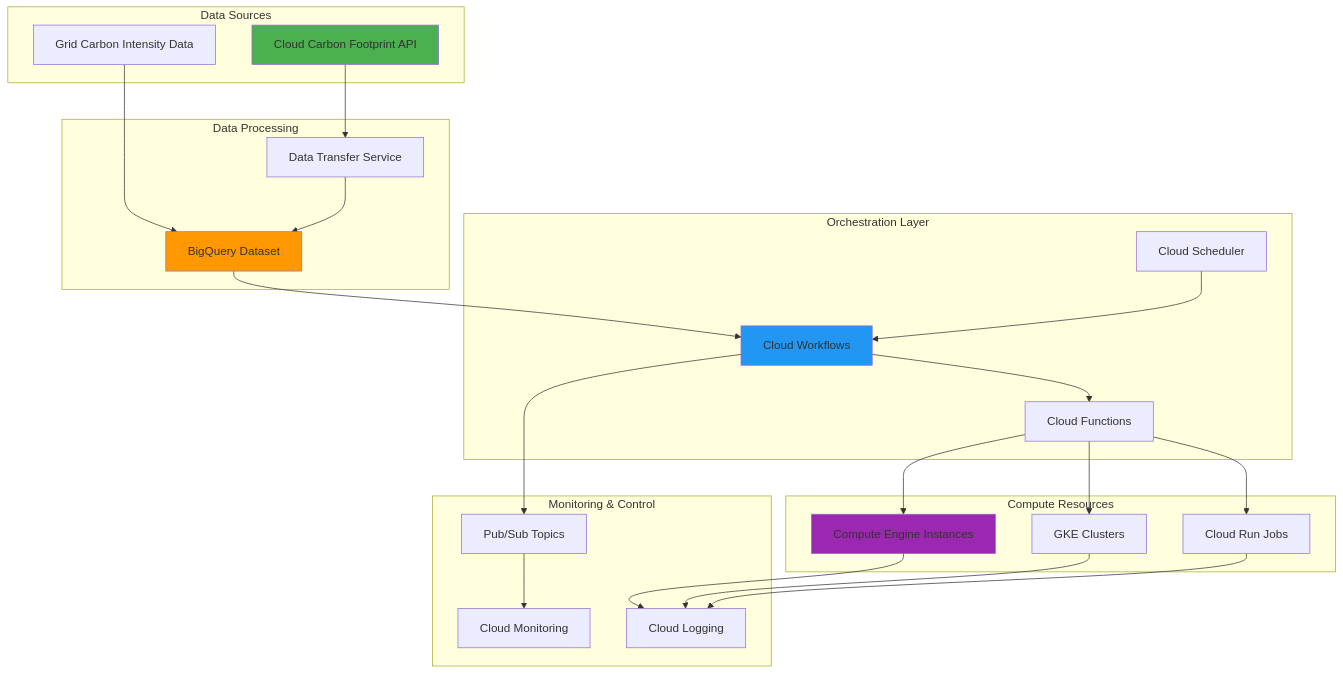
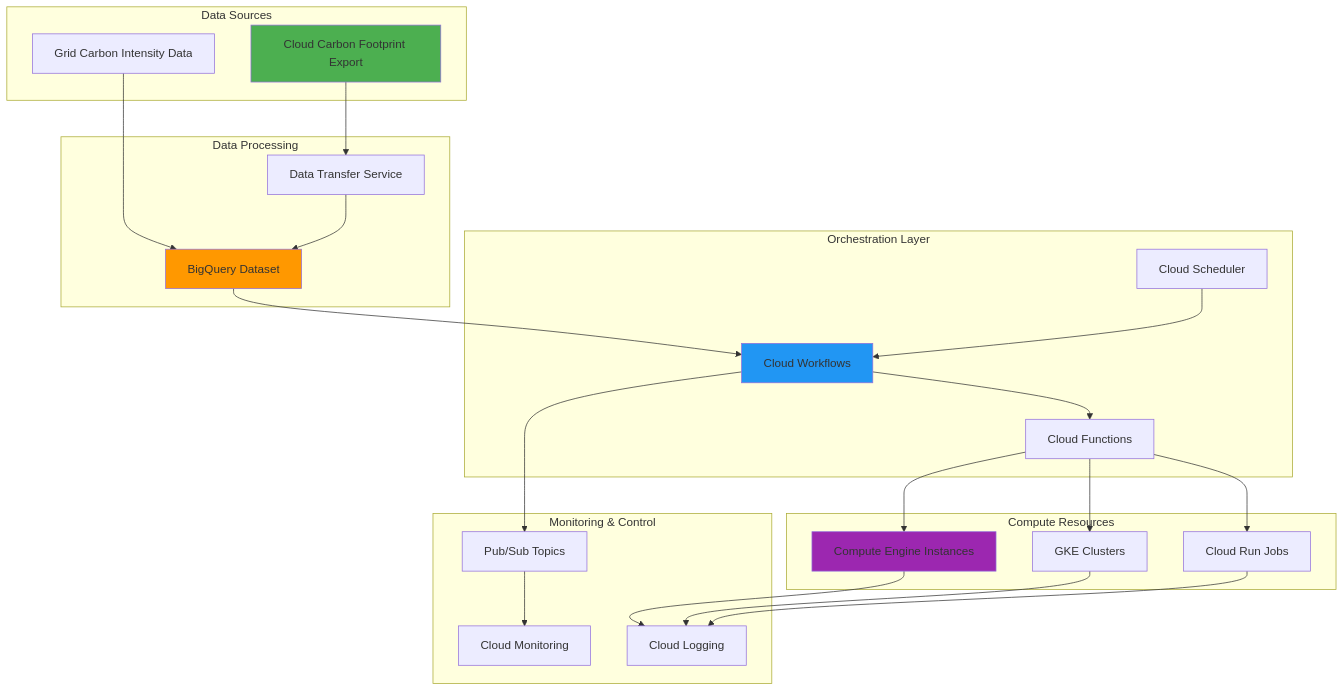
Before and after one commit to mzazon/awesome-cloud-projects: the diagram in gcp/carbon-aware-workload-orchestration-cloud-carbon-footprint-workflows/carbon-aware-workload-orchestration-cloud-carbon-footprint-workflows.md, drawn with Mermaid. The commit also changed other lines of this file and 5581 other files, not shown here.

````diff
--- a/gcp/carbon-aware-workload-orchestration-cloud-carbon-footprint-workflows/carbon-aware-workload-orchestration-cloud-carbon-footprint-workflows.md
+++ b/gcp/carbon-aware-workload-orchestration-cloud-carbon-footprint-workflows/carbon-aware-workload-orchestration-cloud-carbon-footprint-workflows.md
@@ -30,50 +30,50 @@
 ```mermaid
 graph TB
     subgraph "Data Sources"
-        CF[Cloud Carbon Footprint API]
+        CF[Cloud Carbon Footprint Export]
         GC[Grid Carbon Intensity Data]
     end
     
     subgraph "Data Processing"
         BQ[BigQuery Dataset]
         DT[Data Transfer Service]
     end
     
     subgraph "Orchestration Layer"
         CW[Cloud Workflows]
         CS[Cloud Scheduler]
         CF2[Cloud Functions]
     end
     
     subgraph "Compute Resources"
         CE[Compute Engine Instances]
         GKE[GKE Clusters]
         CR[Cloud Run Jobs]
     end
     
     subgraph "Monitoring & Control"
         CM[Cloud Monitoring]
         CL[Cloud Logging]
         PB[Pub/Sub Topics]
     end
     
     CF --> DT
     GC --> BQ
     DT --> BQ
     BQ --> CW
     CS --> CW
     CW --> CF2
     CF2 --> CE
     CF2 --> GKE
     CF2 --> CR
     CW --> PB
     PB --> CM
     CE --> CL
     GKE --> CL
     CR --> CL
     
     style CF fill:#4CAF50
     style BQ fill:#FF9800
     style CW fill:#2196F3
     style CE fill:#9C27B0
 ```
````
